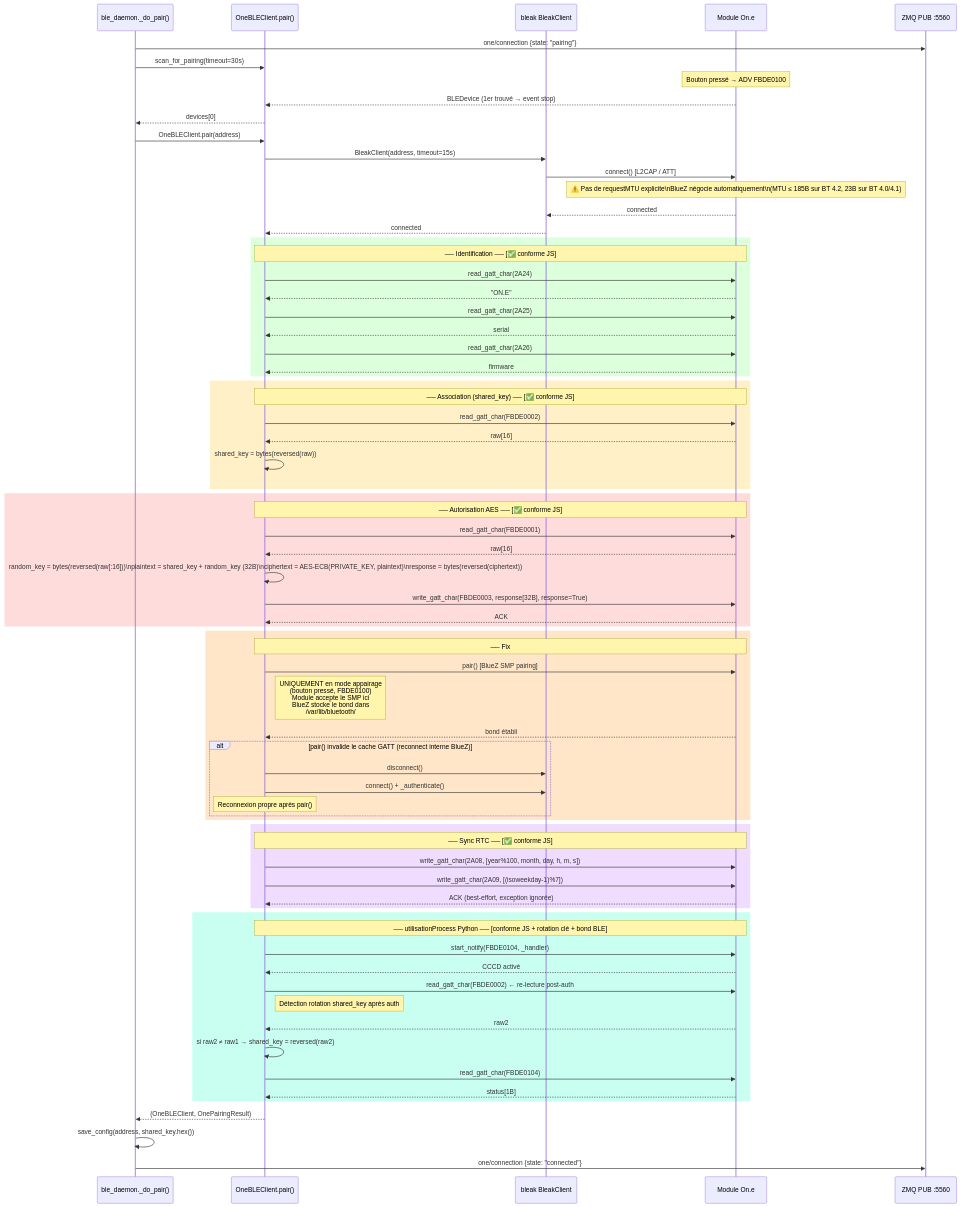
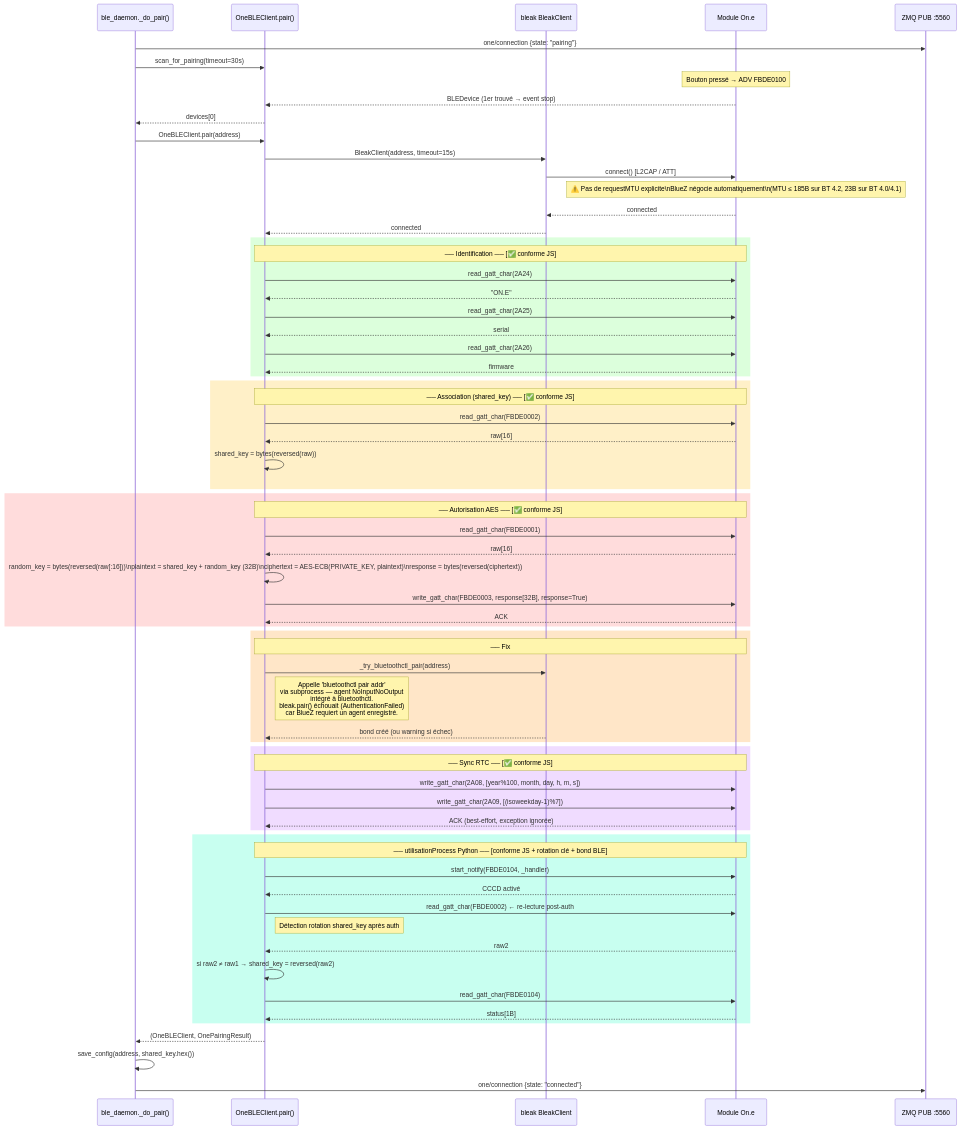
One commit to LoneWanderer-GH/pyOn.e changed the diagram in docs/diagrams/python/02_sequence_pairing.md. Above: the diagram before and after it, drawn with Mermaid. The commit also changed 3 other files, not shown here.

First line of the commit message:
fix(ble): replace bleak.pair() with bluetoothctl pair subprocess

````diff
--- a/docs/diagrams/python/02_sequence_pairing.md
+++ b/docs/diagrams/python/02_sequence_pairing.md
@@ -6,81 +6,76 @@
 ```mermaid
 sequenceDiagram
     participant D as ble_daemon._do_pair()
     participant C as OneBLEClient.pair()
     participant BL as bleak BleakClient
     participant Dev as Module On.e
     participant ZMQ as ZMQ PUB :5560
 
     D->>ZMQ: one/connection {state: "pairing"}
 
     D->>C: scan_for_pairing(timeout=30s)
     Note over Dev: Bouton pressé → ADV FBDE0100
     Dev-->>C: BLEDevice (1er trouvé → event stop)
     C-->>D: devices[0]
 
     D->>C: OneBLEClient.pair(address)
     C->>BL: BleakClient(address, timeout=15s)
     BL->>Dev: connect() [L2CAP / ATT]
     Note over Dev: ⚠️ Pas de requestMTU explicite\nBlueZ négocie automatiquement\n(MTU ≤ 185B sur BT 4.2, 23B sur BT 4.0/4.1)
     Dev-->>BL: connected
     BL-->>C: connected
 
     rect rgb(220, 255, 220)
         Note over C,Dev: ── Identification ── [✅ conforme JS]
         C->>Dev: read_gatt_char(2A24)
         Dev-->>C: "ON.E"
         C->>Dev: read_gatt_char(2A25)
         Dev-->>C: serial
         C->>Dev: read_gatt_char(2A26)
         Dev-->>C: firmware
     end
 
     rect rgb(255, 240, 200)
         Note over C,Dev: ── Association (shared_key) ── [✅ conforme JS]
         C->>Dev: read_gatt_char(FBDE0002)
         Dev-->>C: raw[16]
         C->>C: shared_key = bytes(reversed(raw))
     end
 
     rect rgb(255, 220, 220)
         Note over C,Dev: ── Autorisation AES ── [✅ conforme JS]
         C->>Dev: read_gatt_char(FBDE0001)
         Dev-->>C: raw[16]
         C->>C: random_key = bytes(reversed(raw[:16]))\nplaintext = shared_key + random_key (32B)\nciphertext = AES-ECB(PRIVATE_KEY, plaintext)\nresponse = bytes(reversed(ciphertext))
         C->>Dev: write_gatt_char(FBDE0003, response[32B], response=True)
         Dev-->>C: ACK
     end
     rect rgb(255, 230, 200)
-        Note over C,Dev: ── Fix #2 — Bonding BLE (SMP pair) ──
-        C->>Dev: pair() [BlueZ SMP pairing]
-        Note right of C: UNIQUEMENT en mode appairage<br/>(bouton pressé, FBDE0100)<br/>Module accepte le SMP ici<br/>BlueZ stocke le bond dans<br/>/var/lib/bluetooth/
-        Dev-->>C: bond établi
-        alt pair() invalide le cache GATT (reconnect interne BlueZ)
-            C->>BL: disconnect()
-            C->>BL: connect() + _authenticate()
-            Note over C: Reconnexion propre après pair()
-        end
+        Note over C,Dev: ── Fix #3 — Bonding BLE (SMP via bluetoothctl) ──
+        C->>BL: _try_bluetoothctl_pair(address)
+        Note right of C: Appelle 'bluetoothctl pair addr'<br/>via subprocess — agent NoInputNoOutput<br/>intégré à bluetoothctl.<br/>bleak.pair() échouait (AuthenticationFailed)<br/>car BlueZ requiert un agent enregistré.
+        BL-->>C: bond créé (ou warning si échec)
     end
     rect rgb(240, 220, 255)
         Note over C,Dev: ── Sync RTC ── [✅ conforme JS]
         C->>Dev: write_gatt_char(2A08, [year%100, month, day, h, m, s])
         C->>Dev: write_gatt_char(2A09, [(isoweekday-1)%7])
         Dev-->>C: ACK (best-effort, exception ignorée)
     end
 
     rect rgb(200, 255, 240)
         Note over C,Dev: ── utilisationProcess Python ── [conforme JS + rotation clé + bond BLE]
         C->>Dev: start_notify(FBDE0104, _handler)
         Dev-->>C: CCCD activé
         C->>Dev: read_gatt_char(FBDE0002) ← re-lecture post-auth
         Note right of C: Détection rotation shared_key après auth
         Dev-->>C: raw2
         C->>C: si raw2 ≠ raw1 → shared_key = reversed(raw2)
         C->>Dev: read_gatt_char(FBDE0104)
         Dev-->>C: status[1B]
     end
 
     C-->>D: (OneBLEClient, OnePairingResult)
     D->>D: save_config(address, shared_key.hex())
     D->>ZMQ: one/connection {state: "connected"}
 ```
````
